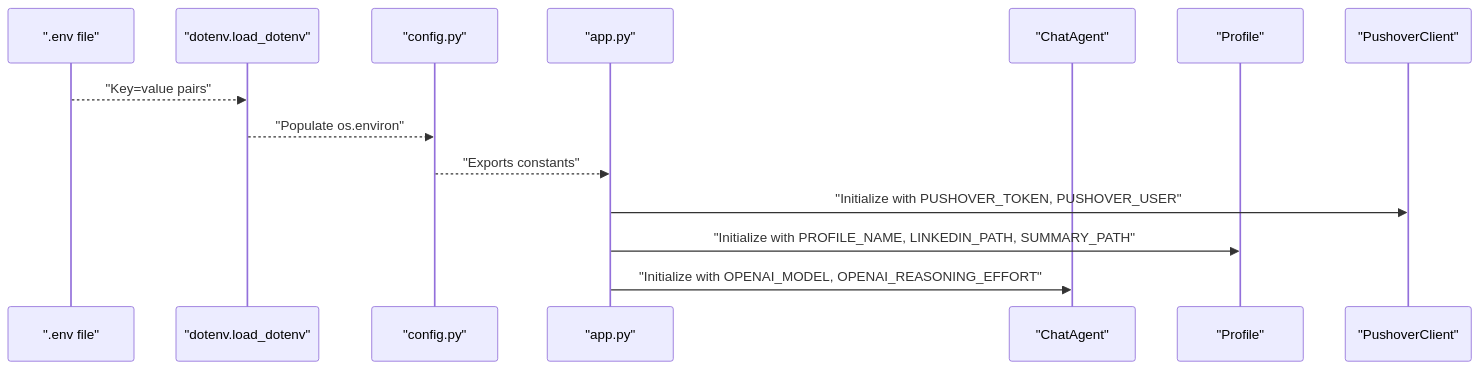
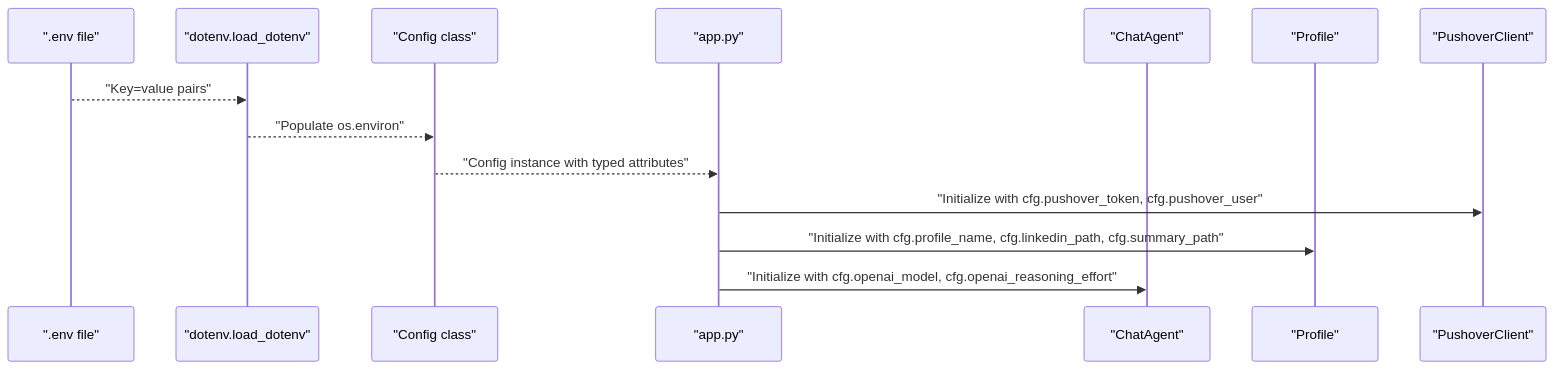
The second of 4 diagrams in .qoder/repowiki/en/content/Configuration Management.md (jessedatawiz/professional-alter-ego), drawn with Mermaid before and after one commit. The commit also changed other lines of this file and 3 other files, not shown here.

````diff
--- a/.qoder/repowiki/en/content/Configuration Management.md
+++ b/.qoder/repowiki/en/content/Configuration Management.md
@@ -93,16 +102,16 @@
 ```mermaid
 sequenceDiagram
 participant Env as ".env file"
 participant DotEnv as "dotenv.load_dotenv"
-participant Config as "config.py"
+participant ConfigClass as "Config class"
 participant App as "app.py"
 participant Agent as "ChatAgent"
 participant Profile as "Profile"
 participant Pushover as "PushoverClient"
 Env-->>DotEnv : "Key=value pairs"
-DotEnv-->>Config : "Populate os.environ"
-Config-->>App : "Exports constants"
-App->>Pushover : "Initialize with PUSHOVER_TOKEN, PUSHOVER_USER"
-App->>Profile : "Initialize with PROFILE_NAME, LINKEDIN_PATH, SUMMARY_PATH"
-App->>Agent : "Initialize with OPENAI_MODEL, OPENAI_REASONING_EFFORT"
+DotEnv-->>ConfigClass : "Populate os.environ"
+ConfigClass-->>App : "Config instance with typed attributes"
+App->>Pushover : "Initialize with cfg.pushover_token, cfg.pushover_user"
+App->>Profile : "Initialize with cfg.profile_name, cfg.linkedin_path, cfg.summary_path"
+App->>Agent : "Initialize with cfg.openai_model, cfg.openai_reasoning_effort"
 ```
````
